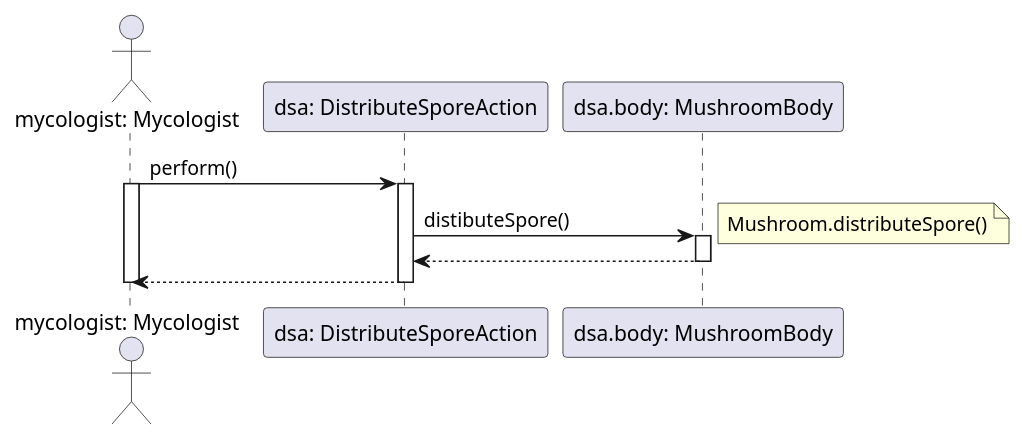
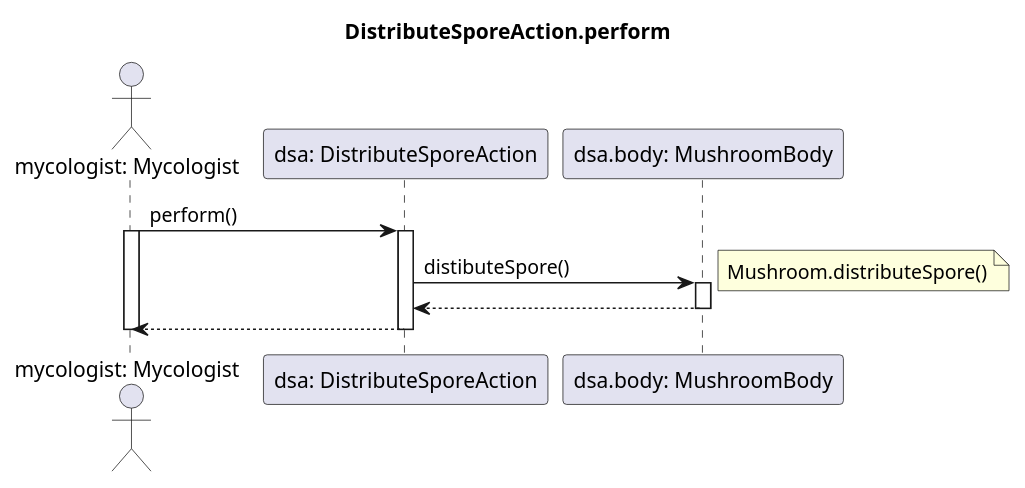
The diagram in diagrams/sequence/action/distributeSporeAction.wsd (dzsem/projlab), drawn with PlantUML before and after one commit. The commit also changed 4 other files, not shown here.

```diff
--- a/diagrams/sequence/action/distributeSporeAction.wsd
+++ b/diagrams/sequence/action/distributeSporeAction.wsd
@@ -1,23 +1,25 @@
 @startuml Distribute Spore Action
+title DistributeSporeAction.perform
+
 actor "mycologist: Mycologist" as mycologist 
 participant "dsa: DistributeSporeAction" as dsa
 participant "dsa.body: MushroomBody" as mb
 
 mycologist -> dsa: perform()
 activate mycologist
 activate dsa
 
 dsa -> mb: distibuteSpore()
 activate mb
 
 note right: Mushroom.distributeSpore()
 
 mb --> dsa 
 deactivate mb
 
 mycologist <-- dsa
 deactivate dsa
 deactivate mycologist
 
 
 @enduml
```
